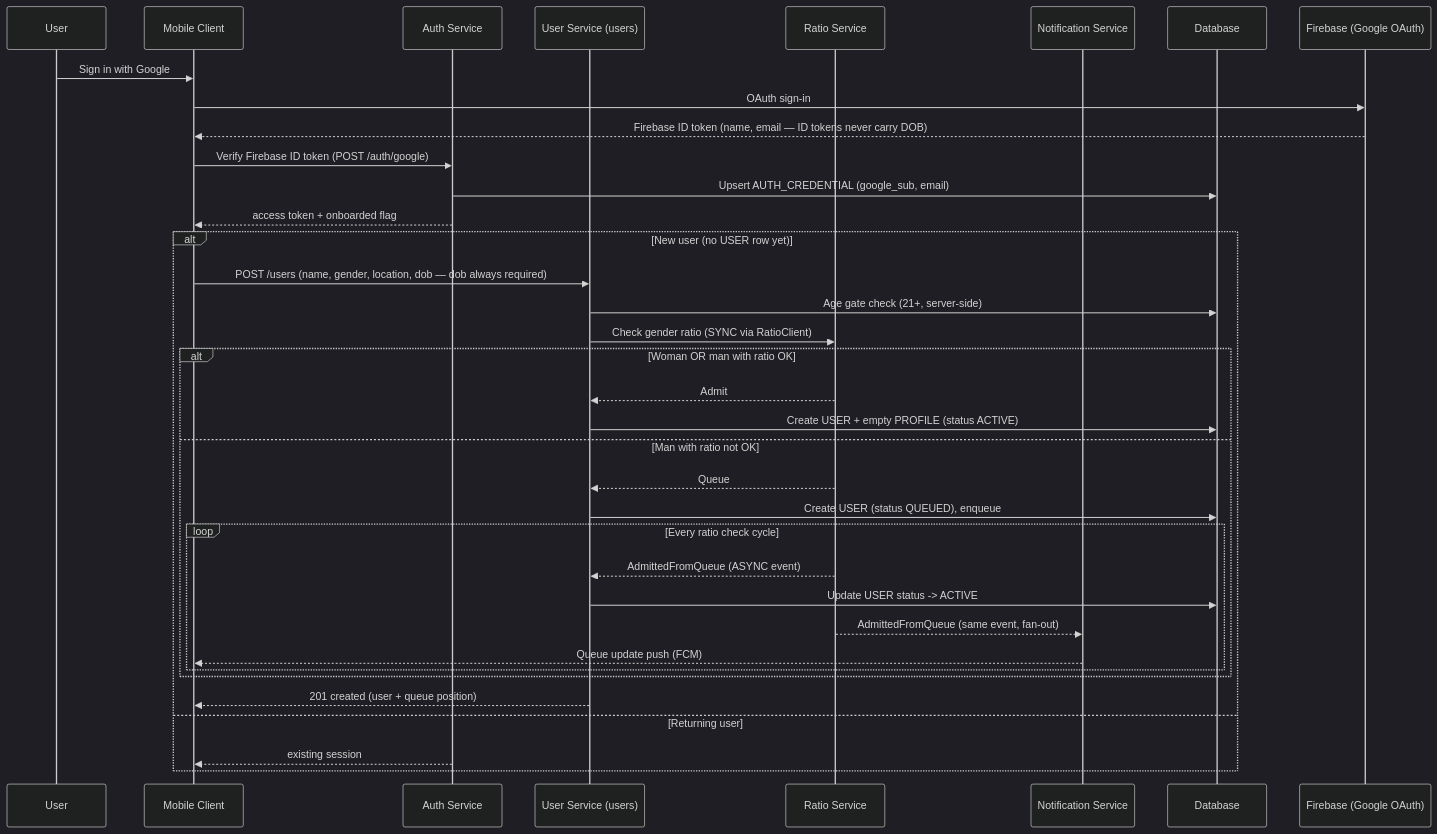
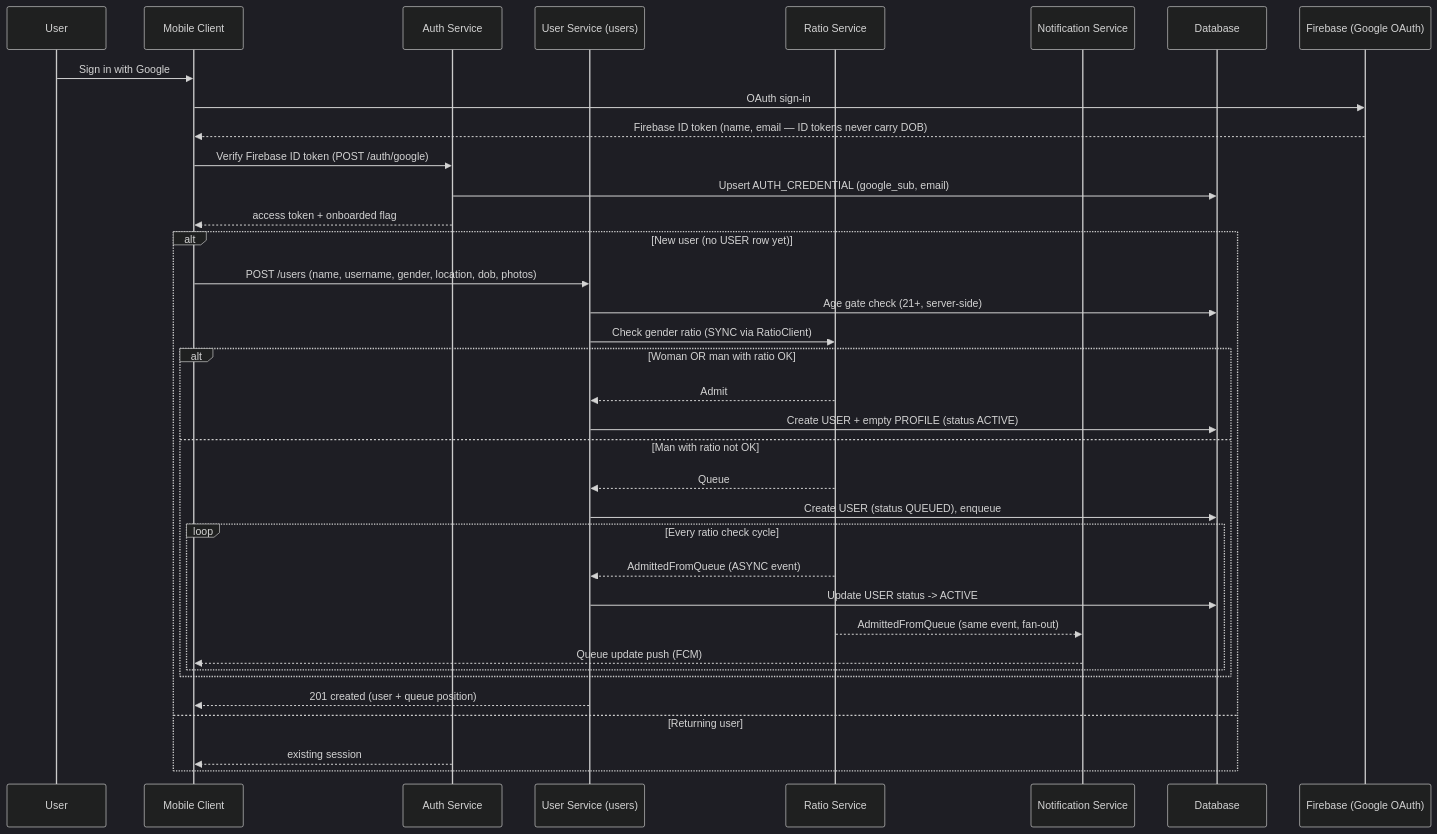
One commit to cheetah-org/fold-design changed the first of 4 diagrams in design-decision/inter-service-communication.md. Above: the diagram before and after it, drawn with Mermaid (dark theme). The commit also changed other lines of this file and 7 other files, not shown here.

````diff
--- a/design-decision/inter-service-communication.md
+++ b/design-decision/inter-service-communication.md
@@ -62,39 +62,39 @@
 ```mermaid
 sequenceDiagram
     participant User as User
     participant Client as Mobile Client
     participant Auth as Auth Service
     participant UserSvc as User Service (users)
     participant Ratio as Ratio Service
     participant Notif as Notification Service
     participant DB as Database
     participant Firebase as Firebase (Google OAuth)
 
     User ->> Client: Sign in with Google
     Client ->> Firebase: OAuth sign-in
     Firebase -->> Client: Firebase ID token (name, email — ID tokens never carry DOB)
     Client ->> Auth: Verify Firebase ID token (POST /auth/google)
     Auth ->> DB: Upsert AUTH_CREDENTIAL (google_sub, email)
     Auth -->> Client: access token + onboarded flag
     alt New user (no USER row yet)
-        Client ->> UserSvc: POST /users (name, gender, location, dob — dob always required)
+        Client ->> UserSvc: POST /users (name, username, gender, location, dob, photos)
         UserSvc ->> DB: Age gate check (21+, server-side)
         UserSvc ->> Ratio: Check gender ratio (SYNC via RatioClient)
         alt Woman OR man with ratio OK
             Ratio -->> UserSvc: Admit
             UserSvc ->> DB: Create USER + empty PROFILE (status ACTIVE)
         else Man with ratio not OK
             Ratio -->> UserSvc: Queue
             UserSvc ->> DB: Create USER (status QUEUED), enqueue
             loop Every ratio check cycle
                 Ratio -->> UserSvc: AdmittedFromQueue (ASYNC event)
                 UserSvc ->> DB: Update USER status -> ACTIVE
                 Ratio -->> Notif: AdmittedFromQueue (same event, fan-out)
                 Notif -->> Client: Queue update push (FCM)
             end
         end
         UserSvc -->> Client: 201 created (user + queue position)
     else Returning user
         Auth -->> Client: existing session
     end
 ```
````
